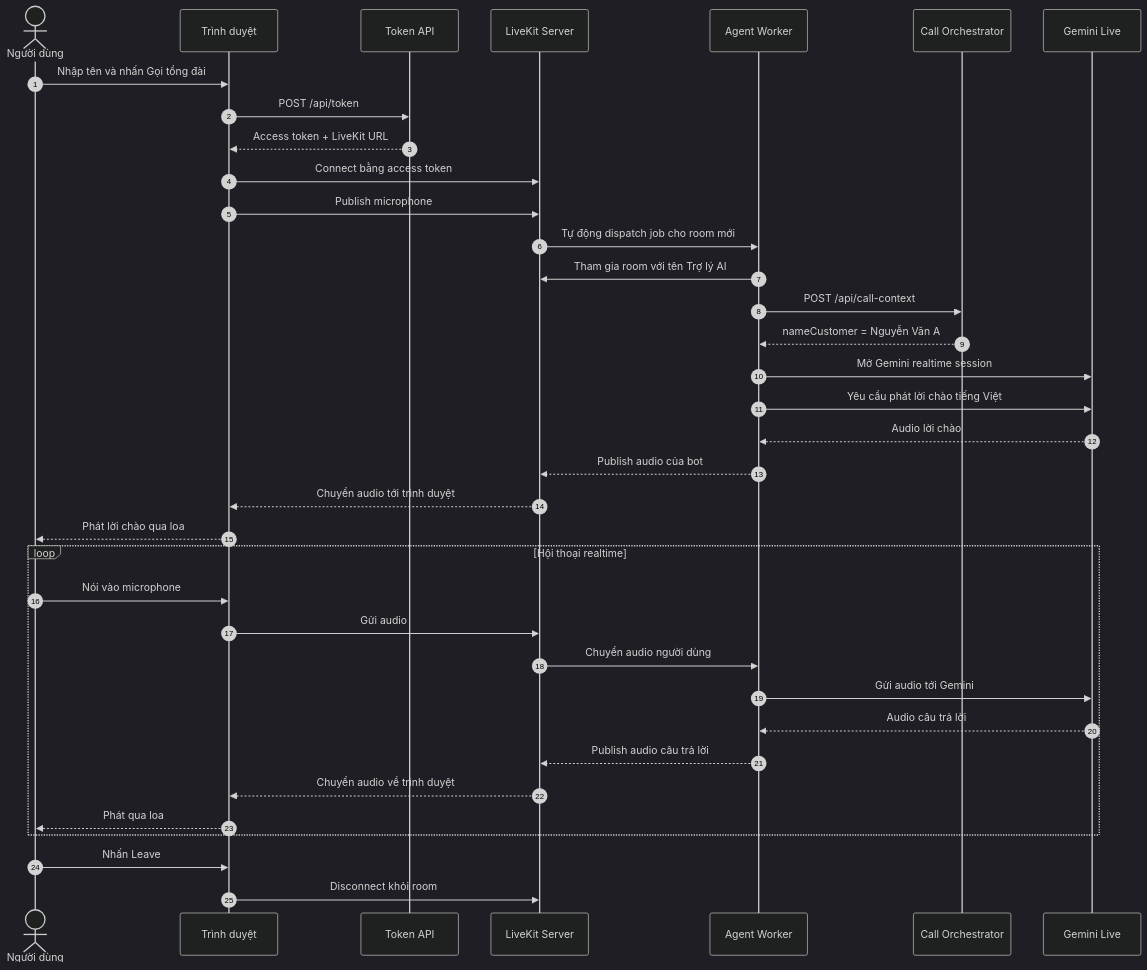
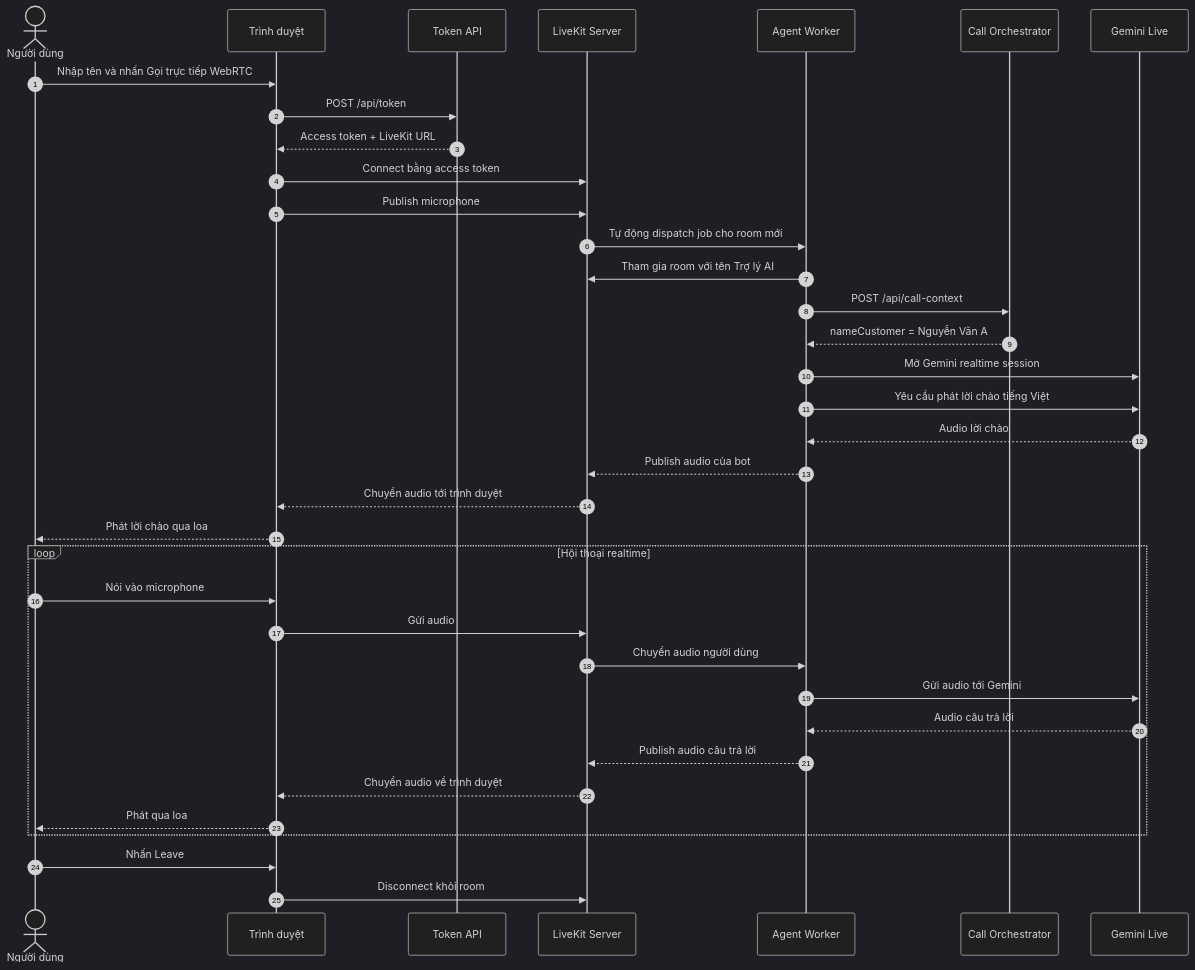
The second of 4 diagrams in README.md (dat02092k1/call_system), drawn with Mermaid (dark theme) before and after one commit. The commit also changed other lines of this file, not shown here.

Commit message:
docs: explain Asterisk WebSocket voice path

````diff
--- a/README.md
+++ b/README.md
@@ -63,41 +71,41 @@
 ```mermaid
 sequenceDiagram
     autonumber
     actor U as Người dùng
     participant B as Trình duyệt
     participant T as Token API
     participant L as LiveKit Server
     participant A as Agent Worker
     participant O as Call Orchestrator
     participant G as Gemini Live
 
-    U->>B: Nhập tên và nhấn Gọi tổng đài
+    U->>B: Nhập tên và nhấn Gọi trực tiếp WebRTC
     B->>T: POST /api/token
     T-->>B: Access token + LiveKit URL
     B->>L: Connect bằng access token
     B->>L: Publish microphone
     L->>A: Tự động dispatch job cho room mới
     A->>L: Tham gia room với tên Trợ lý AI
     A->>O: POST /api/call-context
     O-->>A: nameCustomer = Nguyễn Văn A
     A->>G: Mở Gemini realtime session
     A->>G: Yêu cầu phát lời chào tiếng Việt
     G-->>A: Audio lời chào
     A-->>L: Publish audio của bot
     L-->>B: Chuyển audio tới trình duyệt
     B-->>U: Phát lời chào qua loa
 
     loop Hội thoại realtime
         U->>B: Nói vào microphone
         B->>L: Gửi audio
         L->>A: Chuyển audio người dùng
         A->>G: Gửi audio tới Gemini
         G-->>A: Audio câu trả lời
         A-->>L: Publish audio câu trả lời
         L-->>B: Chuyển audio về trình duyệt
         B-->>U: Phát qua loa
     end
 
     U->>B: Nhấn Leave
     B->>L: Disconnect khỏi room
 ```
````
